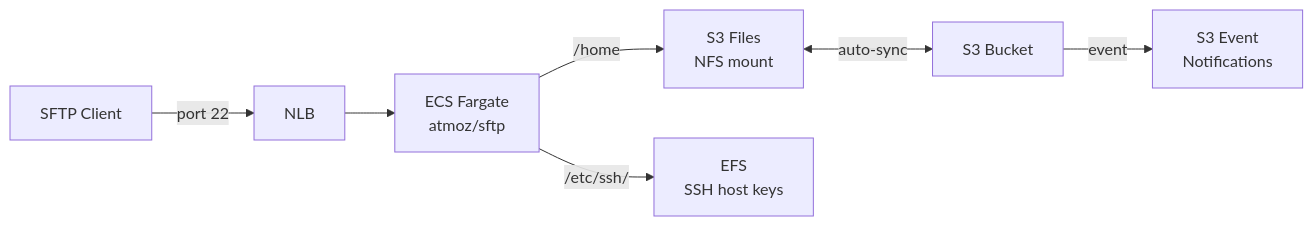
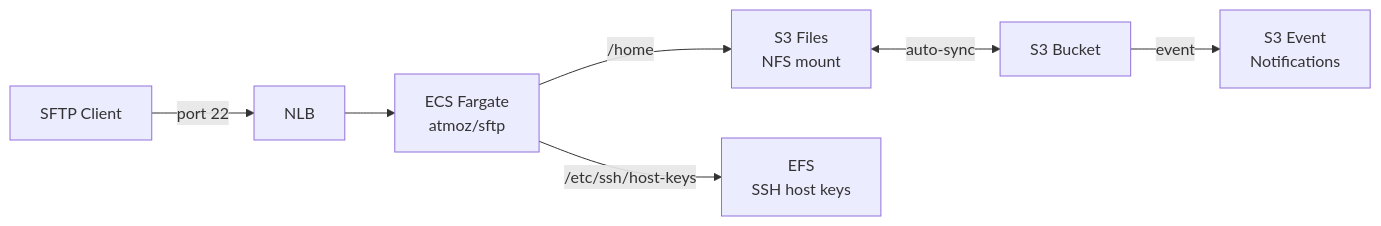
One commit to psantus/terraform-aws-s3files-sftp changed the diagram in README.md. Above: the diagram before and after it, drawn with Mermaid. The commit also changed other lines of this file and 1 other file, not shown here.

````diff
--- a/README.md
+++ b/README.md
@@ -9,9 +9,9 @@
 ```mermaid
 flowchart LR
     Client[SFTP Client] -->|port 22| NLB[NLB]
     NLB --> ECS[ECS Fargate<br/>atmoz/sftp]
     ECS -->|/home| S3F[S3 Files<br/>NFS mount]
-    ECS -->|/etc/ssh/| EFS[EFS<br/>SSH host keys]
+    ECS -->|/etc/ssh/host-keys| EFS[EFS<br/>SSH host keys]
     S3F <-->|auto-sync| S3[S3 Bucket]
     S3 -->|event| EVT[S3 Event<br/>Notifications]
 ```
````
